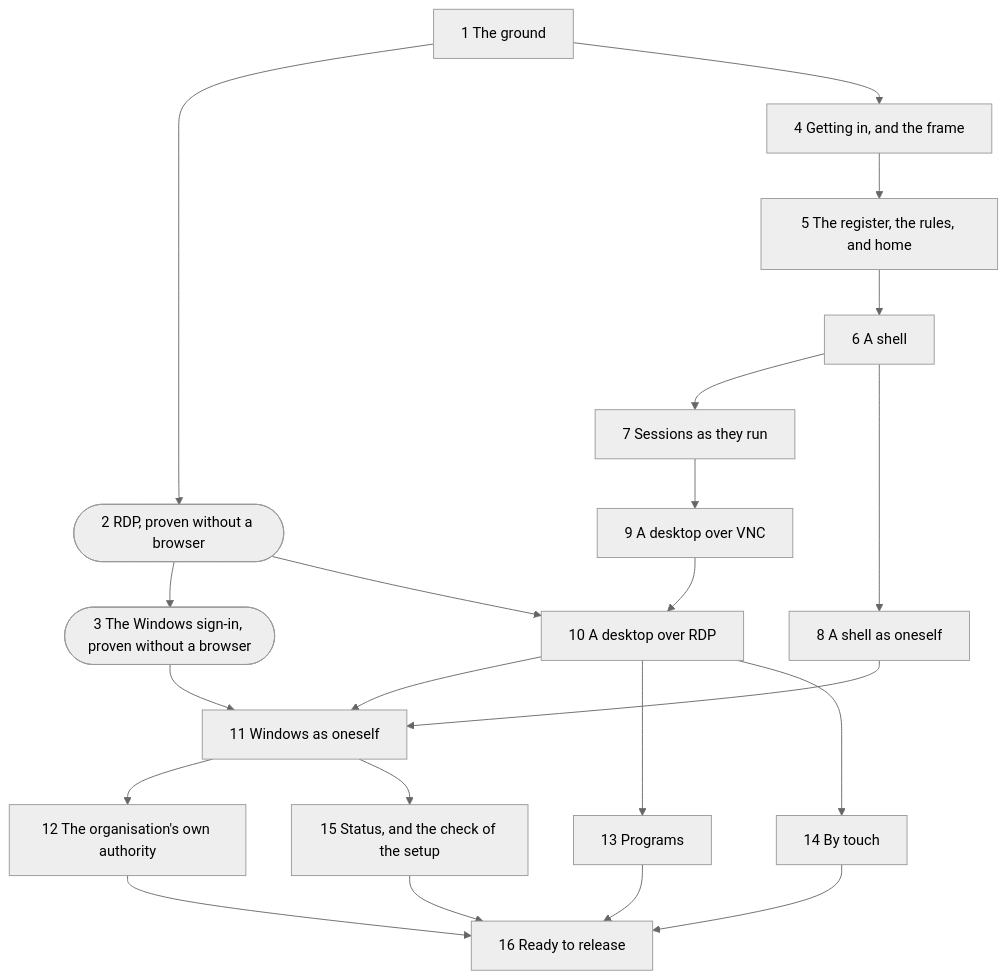
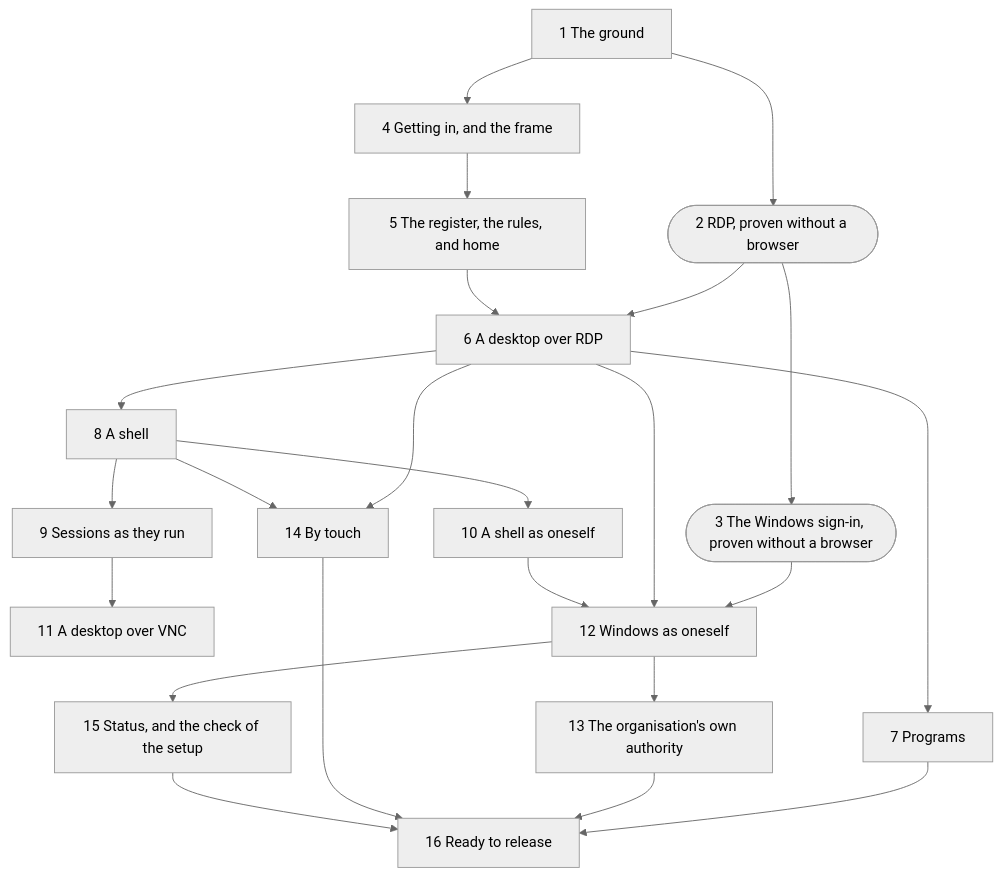
Before and after one commit to nalet/away: the diagram in spec/plan/README.md, drawn with Mermaid (neutral theme). The commit also changed other lines of this file and 7 other files, not shown here.

First line of the commit message:
The Windows desktop is the first session, and its programs follow: the plan in the owner's order

````diff
--- a/spec/plan/README.md
+++ b/spec/plan/README.md
@@ -38,40 +38,41 @@
 ```mermaid
 flowchart TD
   p01["1 The ground"]
   p02(["2 RDP, proven without a browser"])
   p03(["3 The Windows sign-in, proven without a browser"])
   p04["4 Getting in, and the frame"]
   p05["5 The register, the rules, and home"]
-  p06["6 A shell"]
-  p07["7 Sessions as they run"]
-  p08["8 A shell as oneself"]
-  p09["9 A desktop over VNC"]
-  p10["10 A desktop over RDP"]
-  p11["11 Windows as oneself"]
-  p12["12 The organisation's own authority"]
-  p13["13 Programs"]
+  p06["6 A desktop over RDP"]
+  p07["7 Programs"]
+  p08["8 A shell"]
+  p09["9 Sessions as they run"]
+  p10["10 A shell as oneself"]
+  p11["11 A desktop over VNC"]
+  p12["12 Windows as oneself"]
+  p13["13 The organisation's own authority"]
   p14["14 By touch"]
   p15["15 Status, and the check of the setup"]
   p16["16 Ready to release"]
   p01 --> p02
   p02 --> p03
   p01 --> p04
   p04 --> p05
+  p02 --> p06
   p05 --> p06
   p06 --> p07
   p06 --> p08
-  p07 --> p09
-  p02 --> p10
-  p09 --> p10
-  p03 --> p11
-  p08 --> p11
-  p10 --> p11
-  p11 --> p12
-  p10 --> p13
-  p10 --> p14
-  p11 --> p15
-  p12 --> p16
+  p08 --> p09
+  p08 --> p10
+  p09 --> p11
+  p03 --> p12
+  p06 --> p12
+  p10 --> p12
+  p12 --> p13
+  p06 --> p14
+  p08 --> p14
+  p12 --> p15
+  p07 --> p16
   p13 --> p16
   p14 --> p16
   p15 --> p16
 ```
````
